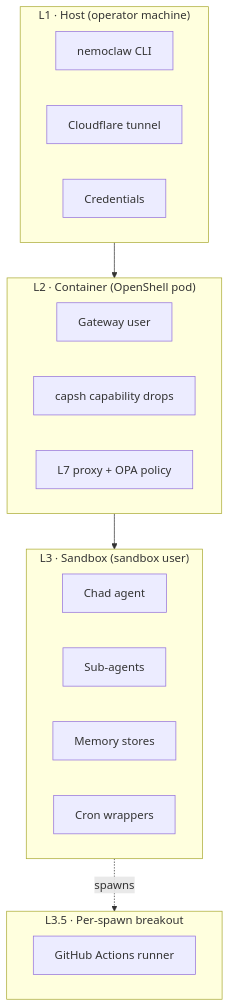
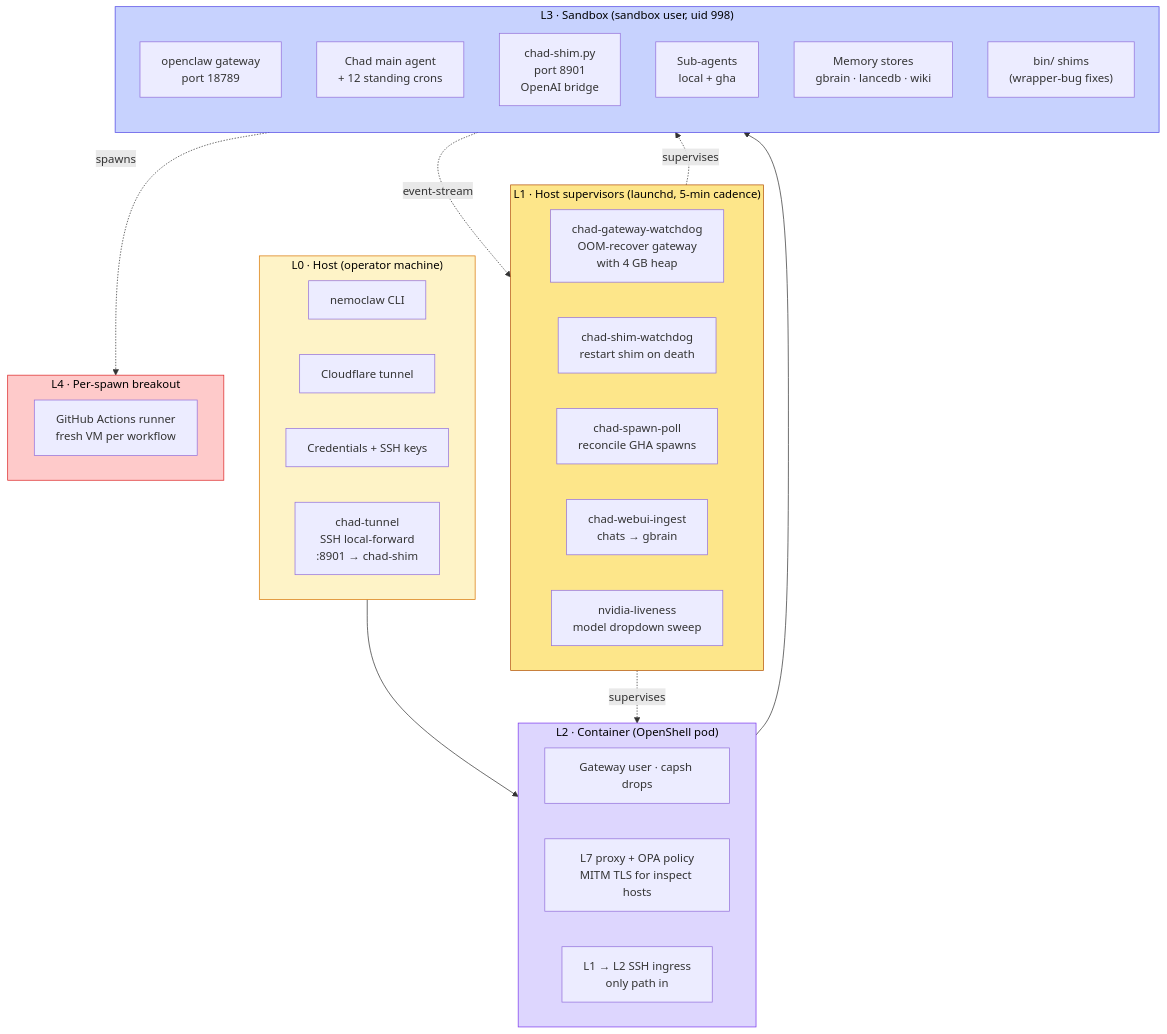
Before and after one commit to tantodefi/supachad-docs: the first of 4 diagrams in docs/architecture.md, drawn with Mermaid. The commit also changed other lines of this file, not shown here.

````diff
--- a/docs/architecture.md
+++ b/docs/architecture.md
@@ -14,30 +16,55 @@
 ```mermaid
 graph TB
-  subgraph H["L1 · Host (operator machine)"]
+  subgraph L0["L0 · Host (operator machine)"]
     H1[nemoclaw CLI]
     H2[Cloudflare tunnel]
-    H3[Credentials]
+    H3[Credentials + SSH keys]
+    H4[chad-tunnel<br/>SSH local-forward<br/>:8901 → chad-shim]
   end
 
-  subgraph C["L2 · Container (OpenShell pod)"]
-    C1[Gateway user]
-    C2[capsh capability drops]
-    C3[L7 proxy + OPA policy]
+  subgraph L1["L1 · Host supervisors (launchd, 5-min cadence)"]
+    W1[chad-gateway-watchdog<br/>OOM-recover gateway<br/>with 4 GB heap]
+    W2[chad-shim-watchdog<br/>restart shim on death]
+    W3[chad-spawn-poll<br/>reconcile GHA spawns]
+    W4[chad-webui-ingest<br/>chats → gbrain]
+    W5[nvidia-liveness<br/>model dropdown sweep]
   end
 
-  subgraph S["L3 · Sandbox (sandbox user)"]
-    direction LR
-    S1[Chad agent]
-    S2[Sub-agents]
-    S3[Memory stores]
-    S4[Cron wrappers]
+  subgraph L2["L2 · Container (OpenShell pod)"]
+    C1[Gateway user · capsh drops]
+    C2[L7 proxy + OPA policy<br/>MITM TLS for inspect hosts]
+    C3[L1 → L2 SSH ingress<br/>only path in]
   end
 
-  subgraph G["L3.5 · Per-spawn breakout"]
-    G1[GitHub Actions runner]
+  subgraph L3["L3 · Sandbox (sandbox user, uid 998)"]
+    direction TB
+    S0[openclaw gateway<br/>port 18789]
+    S1[Chad main agent<br/>+ 12 standing crons]
+    S2[chad-shim.py<br/>port 8901<br/>OpenAI bridge]
+    S3[Sub-agents<br/>local + gha]
+    S4[Memory stores<br/>gbrain · lancedb · wiki]
+    S5["bin/ shims<br/>(wrapper-bug fixes)"]
   end
 
-  H --> C
-  C --> S
-  S -. spawns .-> G
+  subgraph L4["L4 · Per-spawn breakout"]
+    G1[GitHub Actions runner<br/>fresh VM per workflow]
+  end
+
+  L0 --> L2
+  L1 -.supervises.-> L2
+  L1 -.supervises.-> L3
+  L2 --> L3
+  L3 -.spawns.-> L4
+  L3 -.event-stream.-> L1
+
+  classDef host fill:#fef3c7,stroke:#d97706,color:#000
+  classDef watch fill:#fde68a,stroke:#b45309,color:#000
+  classDef container fill:#ddd6fe,stroke:#7c3aed,color:#000
+  classDef sandbox fill:#c7d2fe,stroke:#4f46e5,color:#000
+  classDef gha fill:#fecaca,stroke:#dc2626,color:#000
+  class L0 host
+  class L1 watch
+  class L2 container
+  class L3 sandbox
+  class L4 gha
 ```
````
